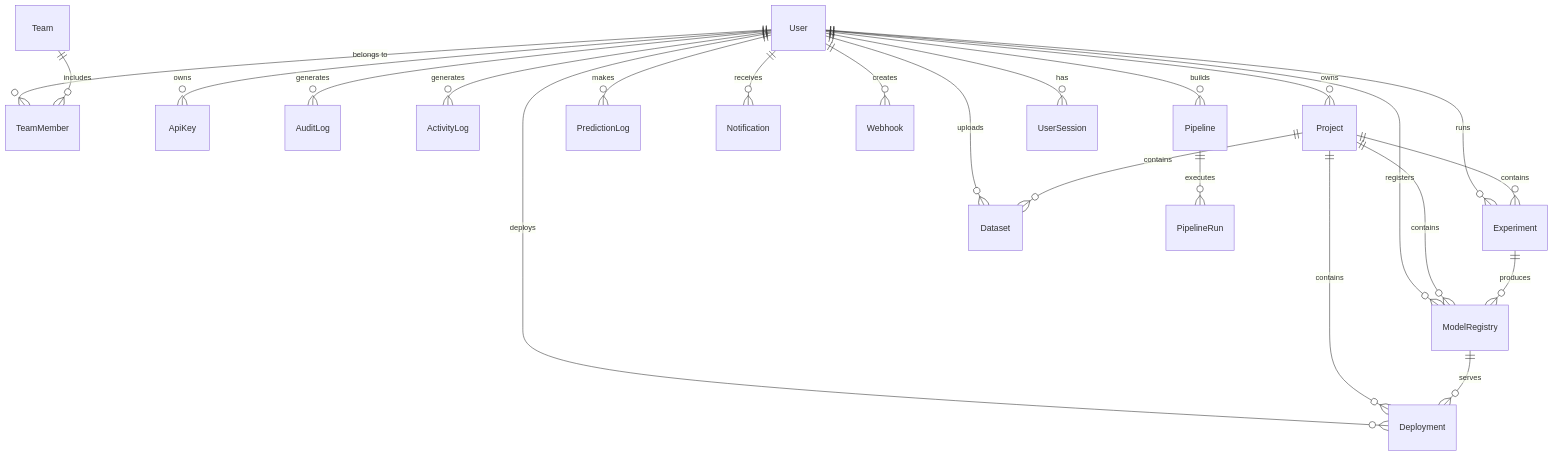
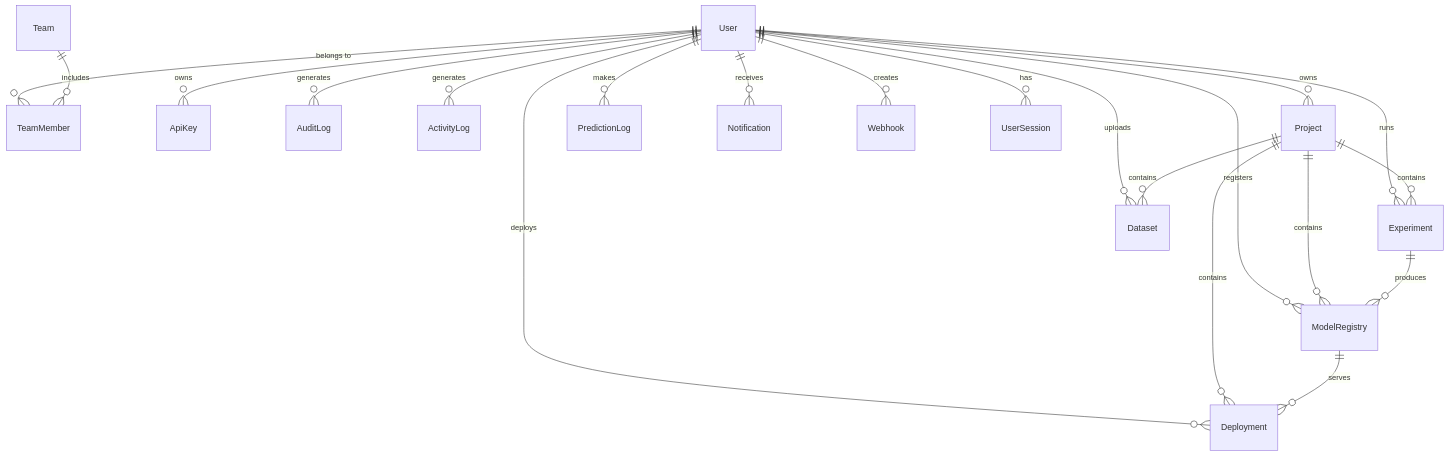
Before and after one commit to mayuresh378/AutoML: the diagram in ER_DIAGRAM.md, drawn with Mermaid. The commit also changed other lines of this file and 48 other files, not shown here.

````diff
--- a/ER_DIAGRAM.md
+++ b/ER_DIAGRAM.md
@@ -9,30 +9,27 @@
 ```mermaid
 erDiagram
     User ||--o{ TeamMember : "belongs to"
     User ||--o{ ApiKey : "owns"
     User ||--o{ AuditLog : "generates"
     User ||--o{ ActivityLog : "generates"
     User ||--o{ Project : "owns"
     User ||--o{ Experiment : "runs"
     User ||--o{ ModelRegistry : "registers"
     User ||--o{ Deployment : "deploys"
     User ||--o{ Dataset : "uploads"
     User ||--o{ PredictionLog : "makes"
     User ||--o{ Notification : "receives"
     User ||--o{ Webhook : "creates"
-    User ||--o{ Pipeline : "builds"
     User ||--o{ UserSession : "has"
 
     Team ||--o{ TeamMember : "includes"
 
     Project ||--o{ Experiment : "contains"
     Project ||--o{ ModelRegistry : "contains"
     Project ||--o{ Deployment : "contains"
     Project ||--o{ Dataset : "contains"
 
     Experiment ||--o{ ModelRegistry : "produces"
 
     ModelRegistry ||--o{ Deployment : "serves"
-
-    Pipeline ||--o{ PipelineRun : "executes"
 ```
````
